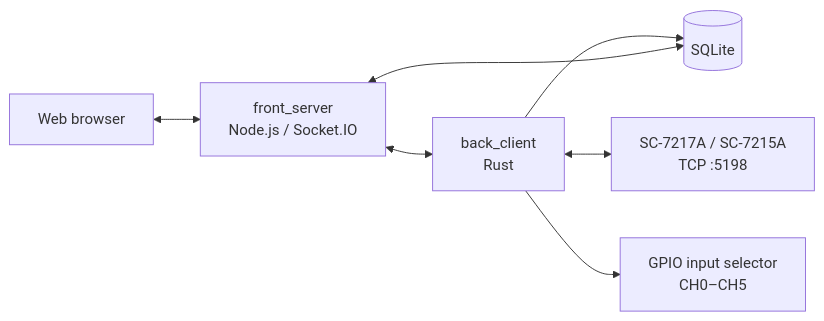
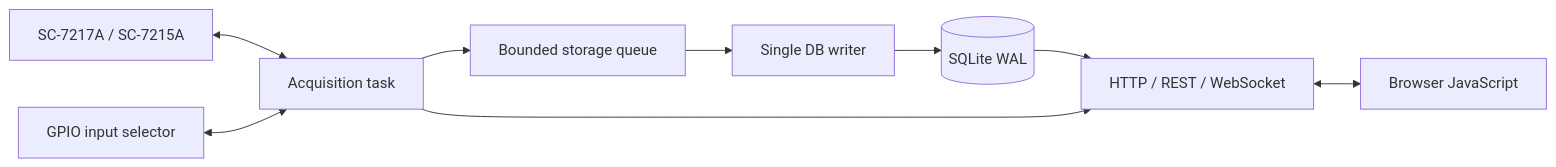
One commit to korintje/labori changed the diagram in README.md. Above: the diagram before and after it, drawn with Mermaid. The commit also changed other lines of this file and 1810 other files, not shown here.

Commit message:
Deprecate Node JS server

````diff
--- a/README.md
+++ b/README.md
@@ -20,16 +21,20 @@
 ```mermaid
 flowchart LR
-    Counter["SC-7217A / SC-7215A<br>TCP :5198"]
-    Backend["back_client<br>Rust"]
-    DB[("SQLite")]
-    Front["front_server<br>Node.js / Socket.IO"]
-    Browser["Web browser"]
-    GPIO["GPIO input selector<br>CH0–CH5"]
+    Counter["SC-7217A / SC-7215A"]
+    GPIO["GPIO input selector"]
+    Acquisition["Acquisition task"]
+    Queue["Bounded storage queue"]
+    Writer["Single DB writer"]
+    DB[("SQLite WAL")]
+    Web["HTTP / REST / WebSocket"]
+    Browser["Browser JavaScript"]
 
-    Backend <--> Counter
-    Backend --> DB
-    Front <--> DB
-    Front <--> Backend
-    Browser <--> Front
-    Backend --> GPIO
+    Counter <--> Acquisition
+    GPIO <--> Acquisition
+    Acquisition --> Queue
+    Queue --> Writer
+    Writer --> DB
+    DB --> Web
+    Acquisition --> Web
+    Web <--> Browser
 ```
````
